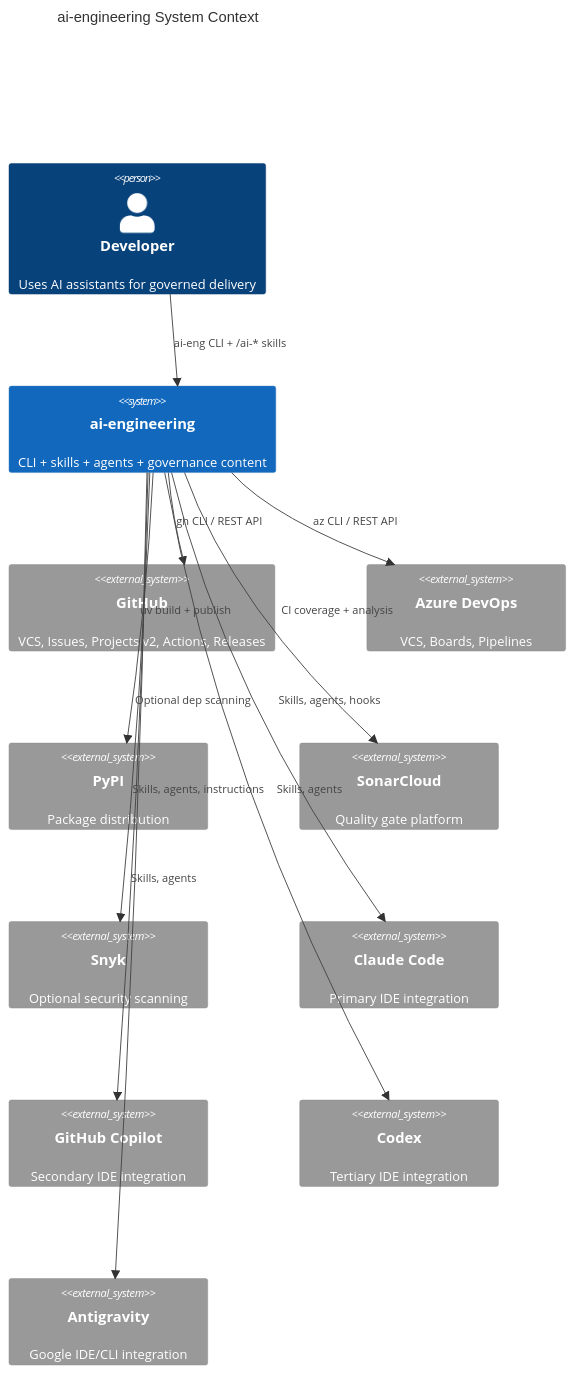
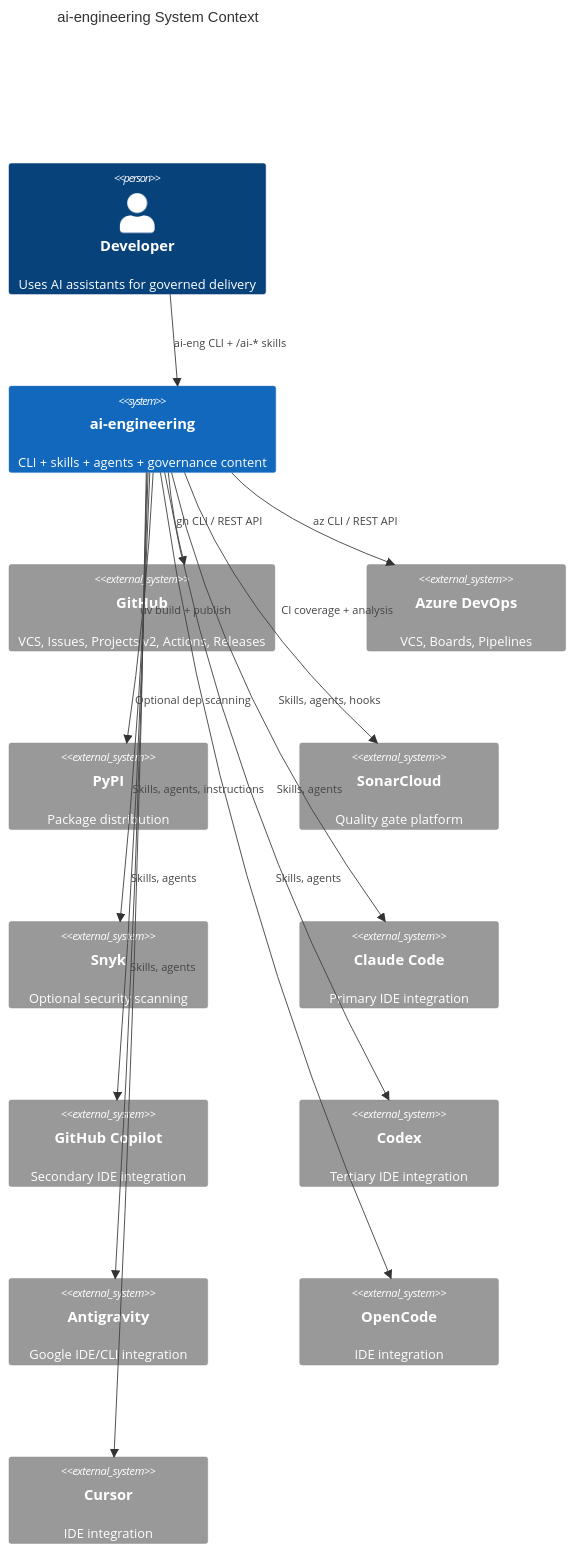
Before and after one commit to arcasilesgroup/ai-engineering: the first of 10 diagrams in .ai-engineering/solution-intent.md, drawn with Mermaid. The commit also changed other lines of this file and 9 other files, not shown here.

````diff
--- a/.ai-engineering/solution-intent.md
+++ b/.ai-engineering/solution-intent.md
@@ -70,28 +70,32 @@
 ```mermaid
 C4Context
     title ai-engineering System Context
 
     Person(dev, "Developer", "Uses AI assistants for governed delivery")
     System(framework, "ai-engineering", "CLI + skills + agents + governance content")
 
     System_Ext(github, "GitHub", "VCS, Issues, Projects v2, Actions, Releases")
     System_Ext(azdo, "Azure DevOps", "VCS, Boards, Pipelines")
     System_Ext(pypi, "PyPI", "Package distribution")
     System_Ext(sonar, "SonarCloud", "Quality gate platform")
     System_Ext(snyk, "Snyk", "Optional security scanning")
     System_Ext(claude, "Claude Code", "Primary IDE integration")
     System_Ext(copilot, "GitHub Copilot", "Secondary IDE integration")
     System_Ext(codex, "Codex", "Tertiary IDE integration")
     System_Ext(antigravity, "Antigravity", "Google IDE/CLI integration")
+    System_Ext(opencode, "OpenCode", "IDE integration")
+    System_Ext(cursor, "Cursor", "IDE integration")
 
     Rel(dev, framework, "ai-eng CLI + /ai-* skills")
     Rel(framework, github, "gh CLI / REST API")
     Rel(framework, azdo, "az CLI / REST API")
     Rel(framework, pypi, "uv build + publish")
     Rel(framework, sonar, "CI coverage + analysis")
     Rel(framework, snyk, "Optional dep scanning")
     Rel(framework, claude, "Skills, agents, hooks")
     Rel(framework, copilot, "Skills, agents, instructions")
     Rel(framework, codex, "Skills, agents")
     Rel(framework, antigravity, "Skills, agents")
+    Rel(framework, opencode, "Skills, agents")
+    Rel(framework, cursor, "Skills, agents")
 ```
````
